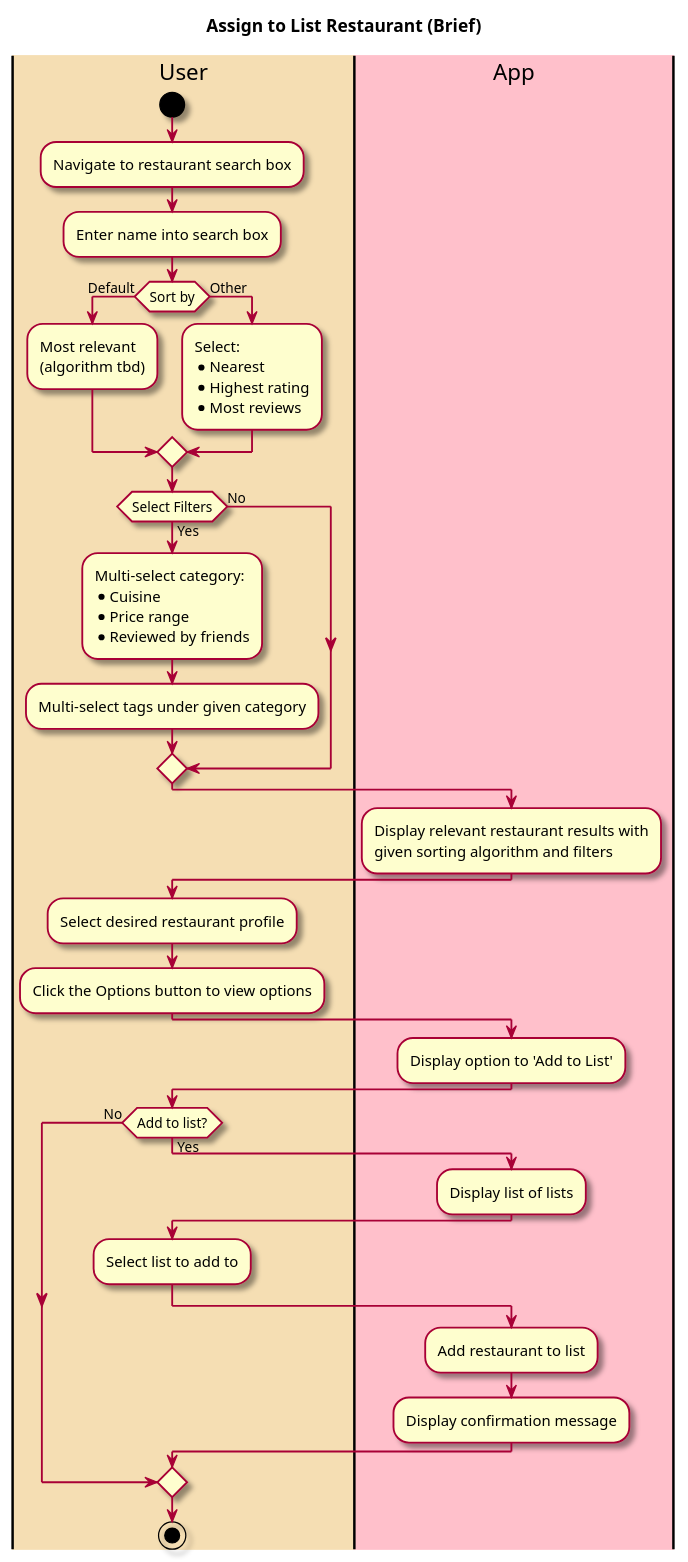
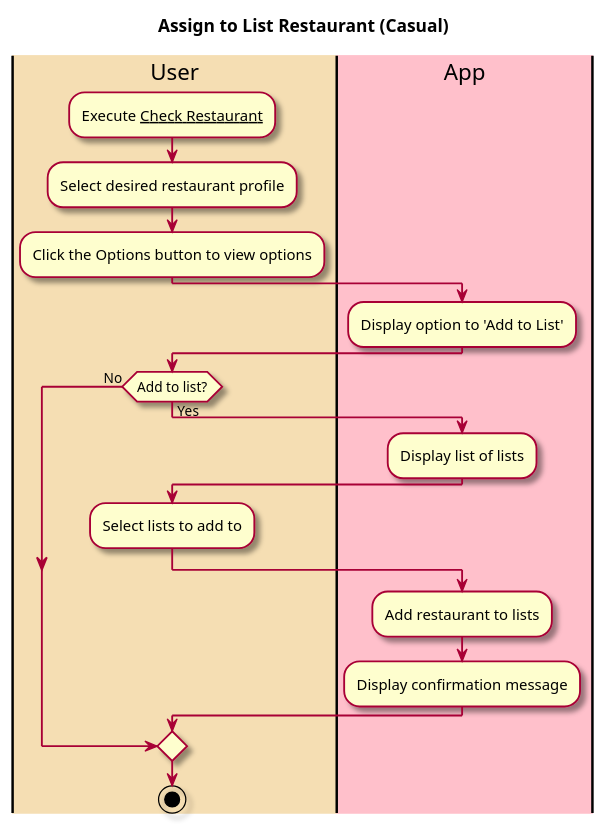
The diagram in intellij/doc/use_cases/assign-to-list.md (tanwasp/LunchBox-Android), drawn with PlantUML before and after one commit. The commit also changed other lines of this file and 15 other files, not shown here.

````diff
--- a/intellij/doc/use_cases/assign-to-list.md
+++ b/intellij/doc/use_cases/assign-to-list.md
@@ -21,59 +21,31 @@
 ```plantuml
 @startuml
 
 skin rose
 
-title Assign to List Restaurant (Brief)
+title Assign to List Restaurant (Casual)
 
 |#wheat|User|
 |#pink|App|
 
 |User|
-start
-:Navigate to restaurant search box;
-:Enter name into search box;
-
-if (Sort by) is (Default) then
-:Most relevant
-(algorithm tbd);
-else (Other)
-:Select:
-* Nearest
-* Highest rating
-* Most reviews;
-  endif
-  if (Select Filters) is (Yes) then
-  :Multi-select category:
-  *Cuisine
-  *Price range
-  *Reviewed by friends;
-
-:Multi-select tags under given category;
-
-else (No)
-endif
-
-|App|
-:Display relevant restaurant results with
-given sorting algorithm and filters;
-
-|User|
+:Execute __Check Restaurant__;
 :Select desired restaurant profile;
 :Click the Options button to view options;
 |App|
 :Display option to 'Add to List';
 |User|
 if (Add to list?) is (Yes) then
 |App|
 :Display list of lists;
 |User|
-:Select list to add to;
+:Select lists to add to;
 |App|
-:Add restaurant to list;
+:Add restaurant to lists;
 :Display confirmation message;
 else (No)
 endif
 |User|
 stop
 @enduml
 ```
````
